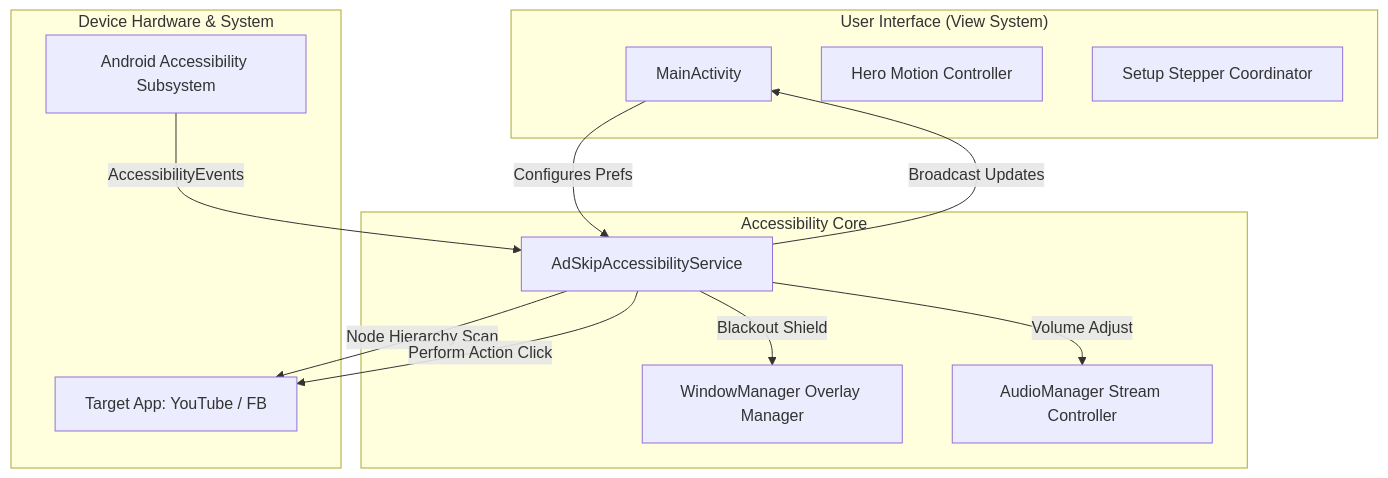
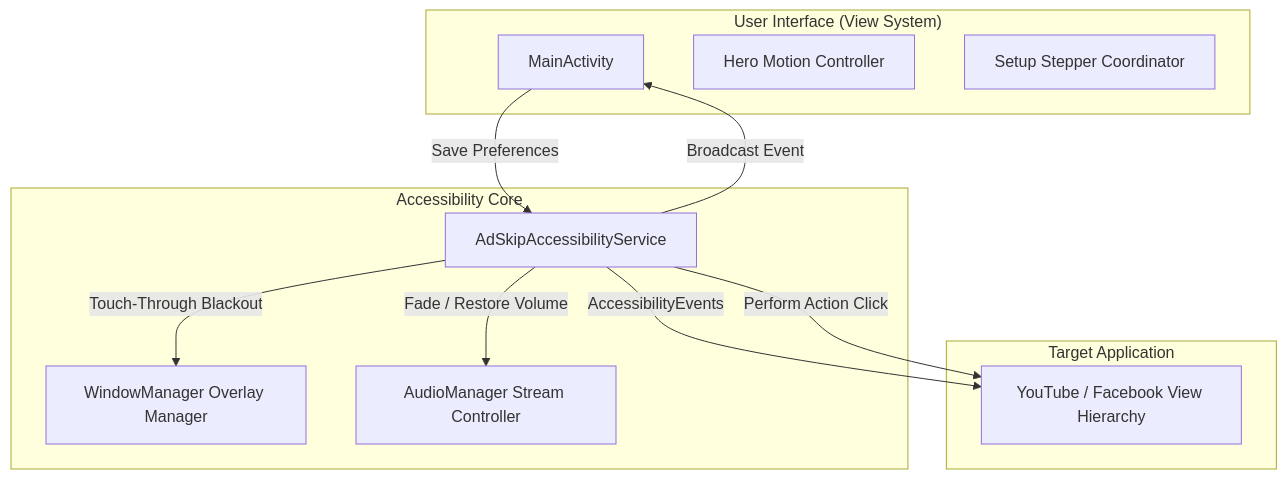
Before and after one commit to itsniranjannn/YtAdskipper: the diagram in README.md, drawn with Mermaid. The commit also changed other lines of this file and 1 other file, not shown here.

````diff
--- a/README.md
+++ b/README.md
@@ -96,27 +148,25 @@
 ```mermaid
 flowchart TD
     subgraph UI ["User Interface (View System)"]
         MA[MainActivity]
         HM[Hero Motion Controller]
         ST[Setup Stepper Coordinator]
     end
 
     subgraph Service ["Accessibility Core"]
         AS[AdSkipAccessibilityService]
         WM[WindowManager Overlay Manager]
         AM[AudioManager Stream Controller]
     end
 
-    subgraph Hardware ["Device Hardware & System"]
-        YT[Target App: YouTube / FB]
-        OS[Android Accessibility Subsystem]
+    subgraph Target ["Target Application"]
+        YT[YouTube / Facebook View Hierarchy]
     end
 
-    MA -->|Configures Prefs| AS
-    OS -->|AccessibilityEvents| AS
-    AS -->|Node Hierarchy Scan| YT
+    MA -->|Save Preferences| AS
+    AS -->|AccessibilityEvents| YT
     AS -->|Perform Action Click| YT
-    AS -->|Volume Adjust| AM
-    AS -->|Blackout Shield| WM
-    AS -->|Broadcast Updates| MA
+    AS -->|Fade / Restore Volume| AM
+    AS -->|Touch-Through Blackout| WM
+    AS -->|Broadcast Event| MA
 ```
````
